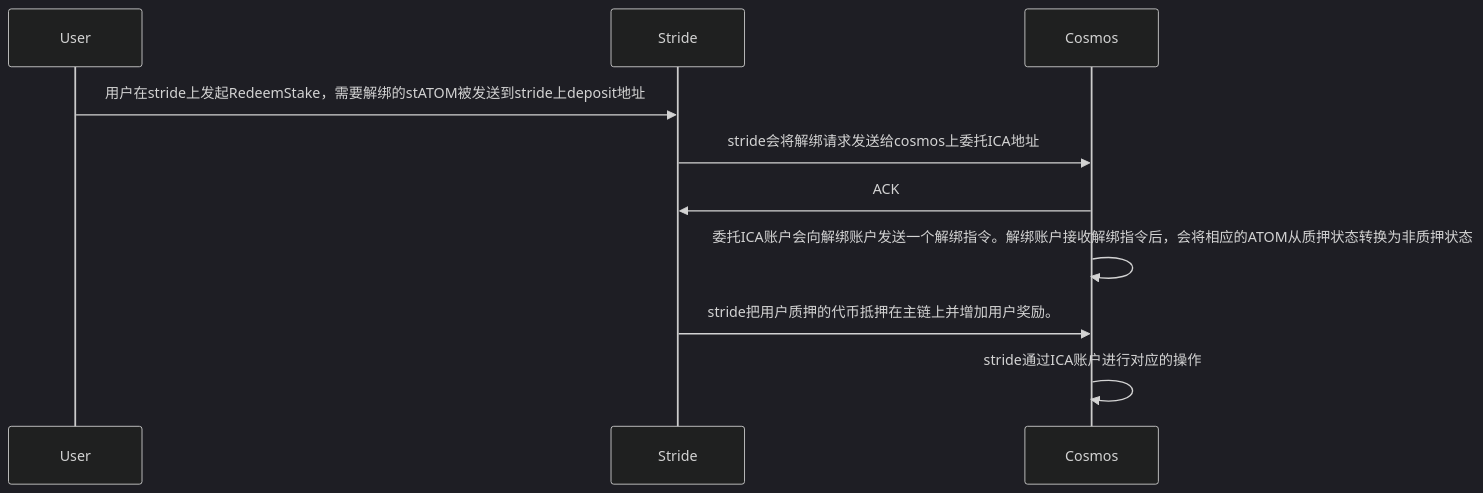
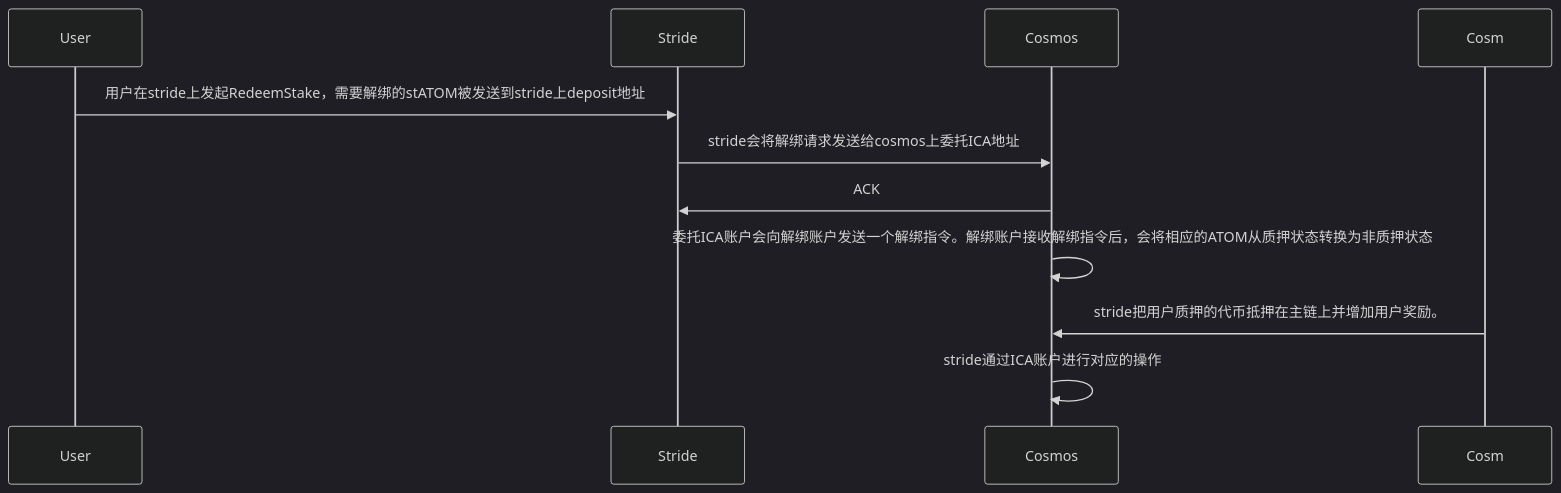
One commit to yingjianzh/iodraw-files changed the diagram in all/unbonding.md. Above: the diagram before and after it, drawn with Mermaid (dark theme).

Commit message:
2024-03-28 15:15:13 update

````diff
--- a/all/unbonding.md
+++ b/all/unbonding.md
@@ -1,9 +1,9 @@
 ```mermaid
 sequenceDiagram
     User->>Stride: 用户在stride上发起RedeemStake，需要解绑的stATOM被发送到stride上deposit地址
     Stride->>Cosmos: stride会将解绑请求发送给cosmos上委托ICA地址
     Cosmos->>Stride: ACK
     Cosmos->>Cosmos: 委托ICA账户会向解绑账户发送一个解绑指令。解绑账户接收解绑指令后，会将相应的ATOM从质押状态转换为非质押状态
-    Stride->>Cosmos: stride把用户质押的代币抵押在主链上并增加用户奖励。
+    Cosm->>Cosmos: stride把用户质押的代币抵押在主链上并增加用户奖励。
     Cosmos->>Cosmos: stride通过ICA账户进行对应的操作
 ```
````
